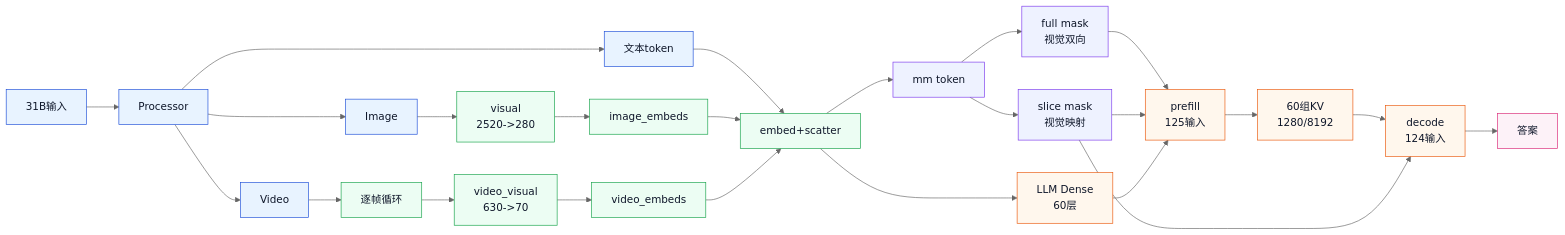
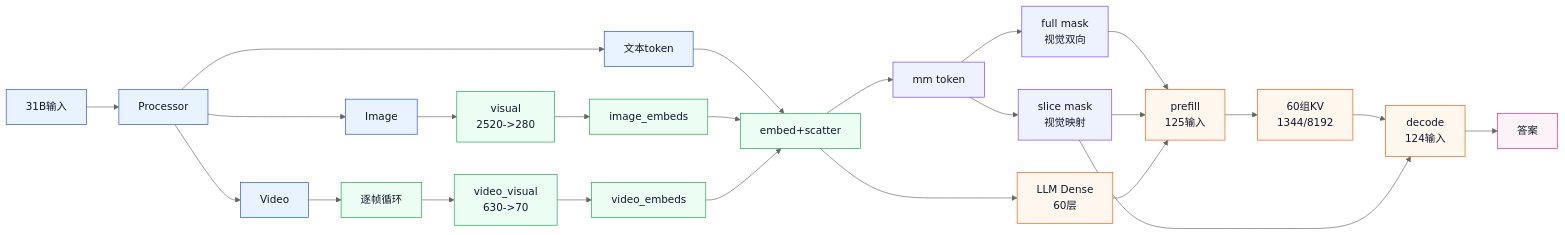
One commit to houmo-ai/houmo-xh2modelzoo changed the fourth of 5 diagrams in docs/gemma4_series_merak_workflow_guide_20260621.md. Above: the diagram before and after it, drawn with Mermaid (neutral theme). The commit also changed other lines of this file and 43 other files, not shown here.

````diff
--- a/docs/gemma4_series_merak_workflow_guide_20260621.md
+++ b/docs/gemma4_series_merak_workflow_guide_20260621.md
@@ -878,40 +876,40 @@
 ```mermaid
 flowchart LR
   X[31B输入] --> P[Processor]
   P --> T[文本token]
   P --> I[Image]
   P --> V[Video]
 
   I --> VI[visual\n2520->280]
   V --> FV[逐帧循环]
   FV --> VV[video_visual\n630->70]
   VI --> IE[image_embeds]
   VV --> VE[video_embeds]
 
   T --> SC[embed+scatter]
   IE --> SC
   VE --> SC
   SC --> MM[mm token]
   MM --> FM[full mask\n视觉双向]
   MM --> SM[slice mask\n视觉映射]
 
   SC --> LLM[LLM Dense\n60层]
   FM --> PF[prefill\n125输入]
   SM --> PF
   LLM --> PF
-  PF --> KV[60组KV\n1280/8192]
+  PF --> KV[60组KV\n1344/8192]
   KV --> DE[decode\n124输入]
   SM --> DE
   DE --> O[答案]
 
   classDef input fill:#E8F3FF,stroke:#1D4ED8,color:#0F172A;
   classDef sub fill:#ECFDF3,stroke:#16A34A,color:#0F172A;
   classDef mask fill:#EEF2FF,stroke:#7C3AED,color:#0F172A;
   classDef llm fill:#FFF7ED,stroke:#EA580C,color:#0F172A;
   classDef out fill:#FDF2F8,stroke:#DB2777,color:#0F172A;
   class X,P,T,I,V input;
   class VI,FV,VV,IE,VE,SC sub;
   class MM,FM,SM mask;
   class LLM,PF,KV,DE llm;
   class O out;
 ```
````
